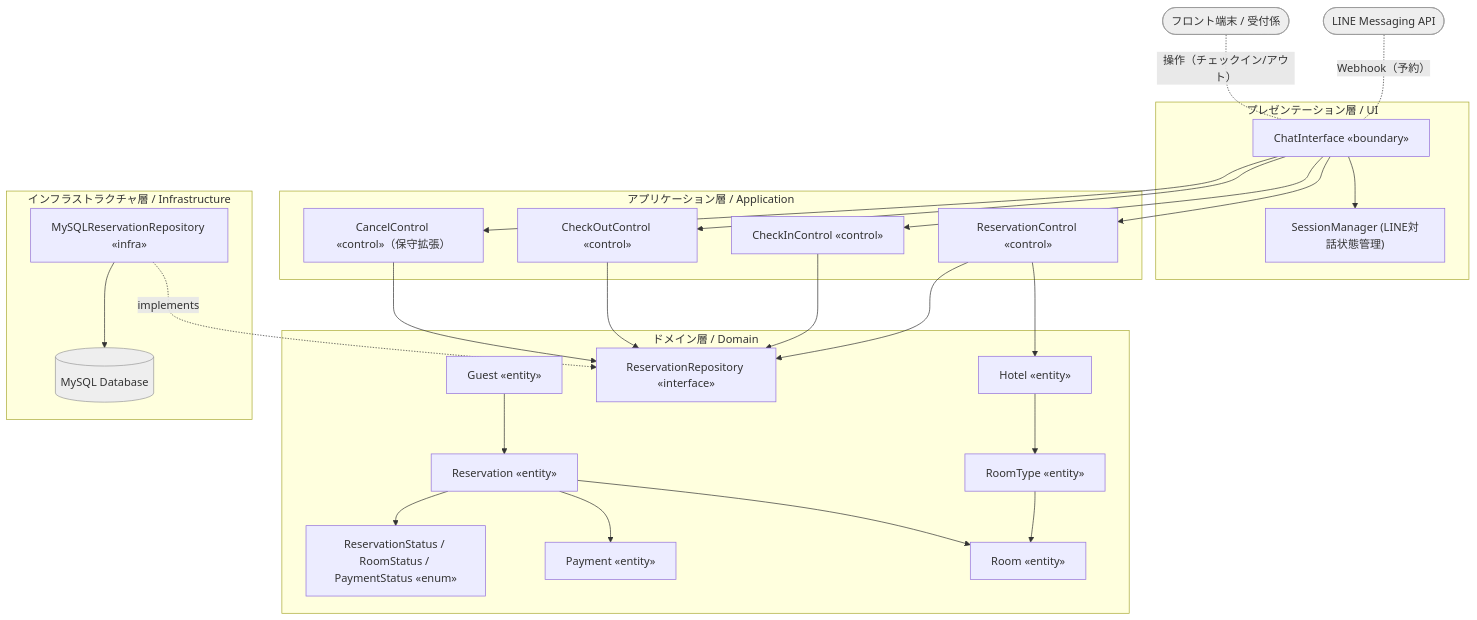
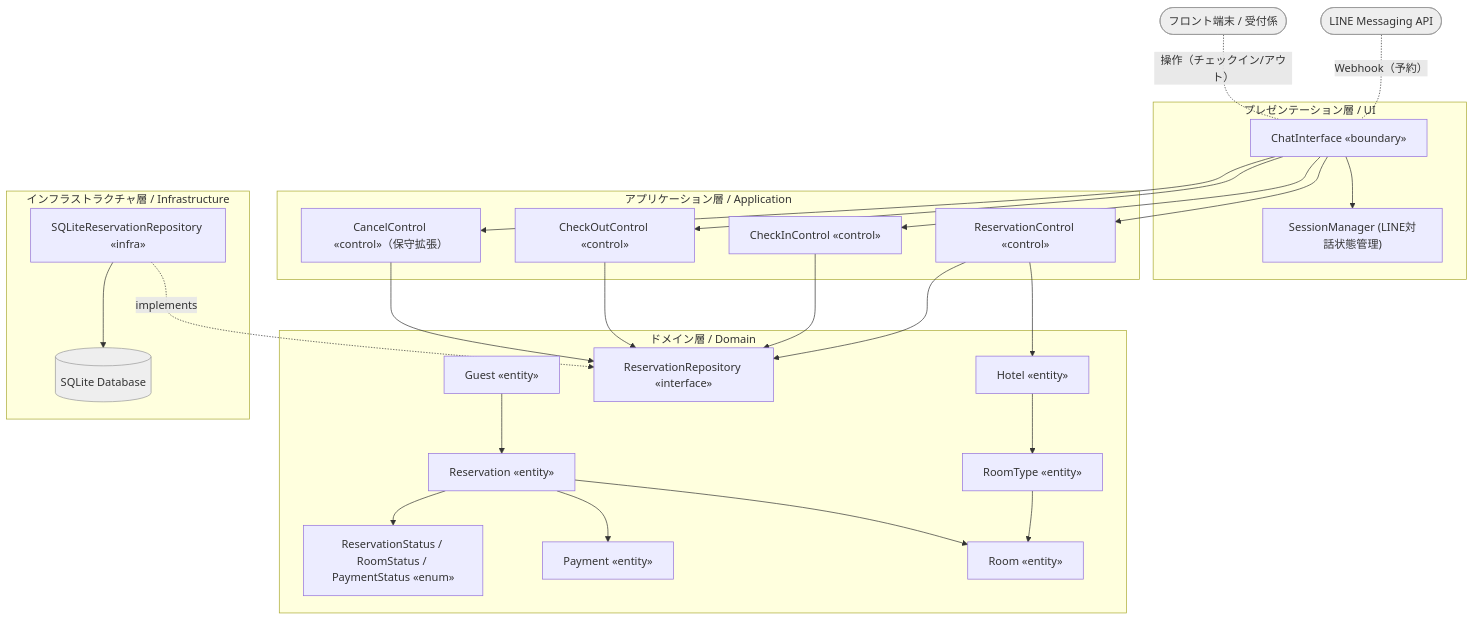
One commit to Kohki-tyl/HRS changed the first of 3 diagrams in Architecture.md. Above: the diagram before and after it, drawn with Mermaid. The commit also changed other lines of this file and 5 other files, not shown here.

````diff
--- a/Architecture.md
+++ b/Architecture.md
@@ -16,56 +16,56 @@
 ```mermaid
 flowchart TD
     LINE([LINE Messaging API]):::ext
     FRONT([フロント端末 / 受付係]):::ext
 
     subgraph P[プレゼンテーション層 / UI]
         CI["ChatInterface «boundary»"]
         SM["SessionManager (LINE対話状態管理)"]
     end
     subgraph A[アプリケーション層 / Application]
         RC["ReservationControl «control»"]
         KC["CheckInControl «control»"]
         OC["CheckOutControl «control»"]
         CC["CancelControl «control»（保守拡張）"]
     end
     subgraph D[ドメイン層 / Domain]
         GU["Guest «entity»"]
         HT["Hotel «entity»"]
         RT["RoomType «entity»"]
         RM["Room «entity»"]
         RV["Reservation «entity»"]
         PM["Payment «entity»"]
         EN["ReservationStatus / RoomStatus / PaymentStatus «enum»"]
         REPO_IF["ReservationRepository «interface»"]
     end
     subgraph I[インフラストラクチャ層 / Infrastructure]
-        REPO_IMPL["MySQLReservationRepository «infra»"]
-        DB[(MySQL Database)]:::ext
+        REPO_IMPL["SQLiteReservationRepository «infra»"]
+        DB[(SQLite Database)]:::ext
     end
 
     LINE -. Webhook（予約） .- CI
     FRONT -. 操作（チェックイン/アウト） .- CI
     CI --> SM
     CI --> RC
     CI --> KC
     CI --> OC
     CI --> CC
 
     RC --> HT
     RC --> REPO_IF
     KC --> REPO_IF
     OC --> REPO_IF
     CC --> REPO_IF
 
     HT --> RT
     RT --> RM
     RV --> RM
     RV --> PM
     RV --> EN
     GU --> RV
 
     REPO_IMPL -. implements .-> REPO_IF
     REPO_IMPL --> DB
 
     classDef ext fill:#eee,stroke:#999;
 ```
````
